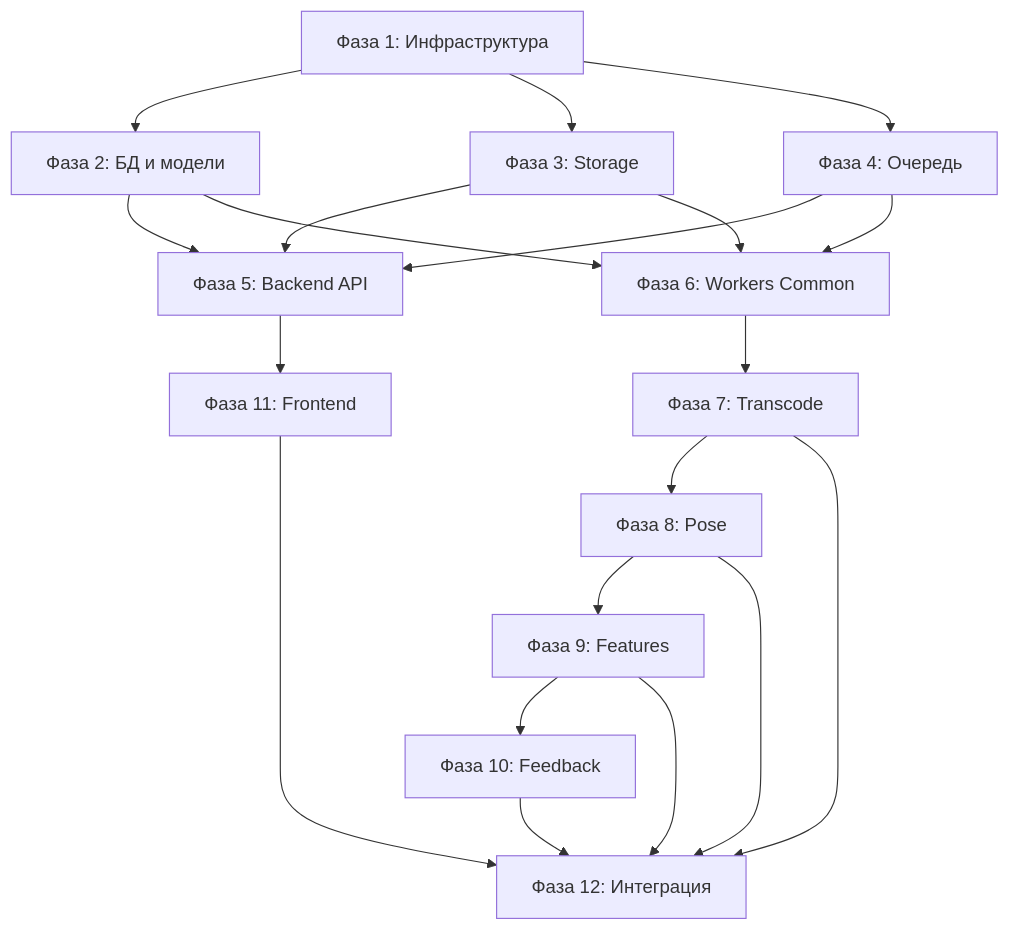
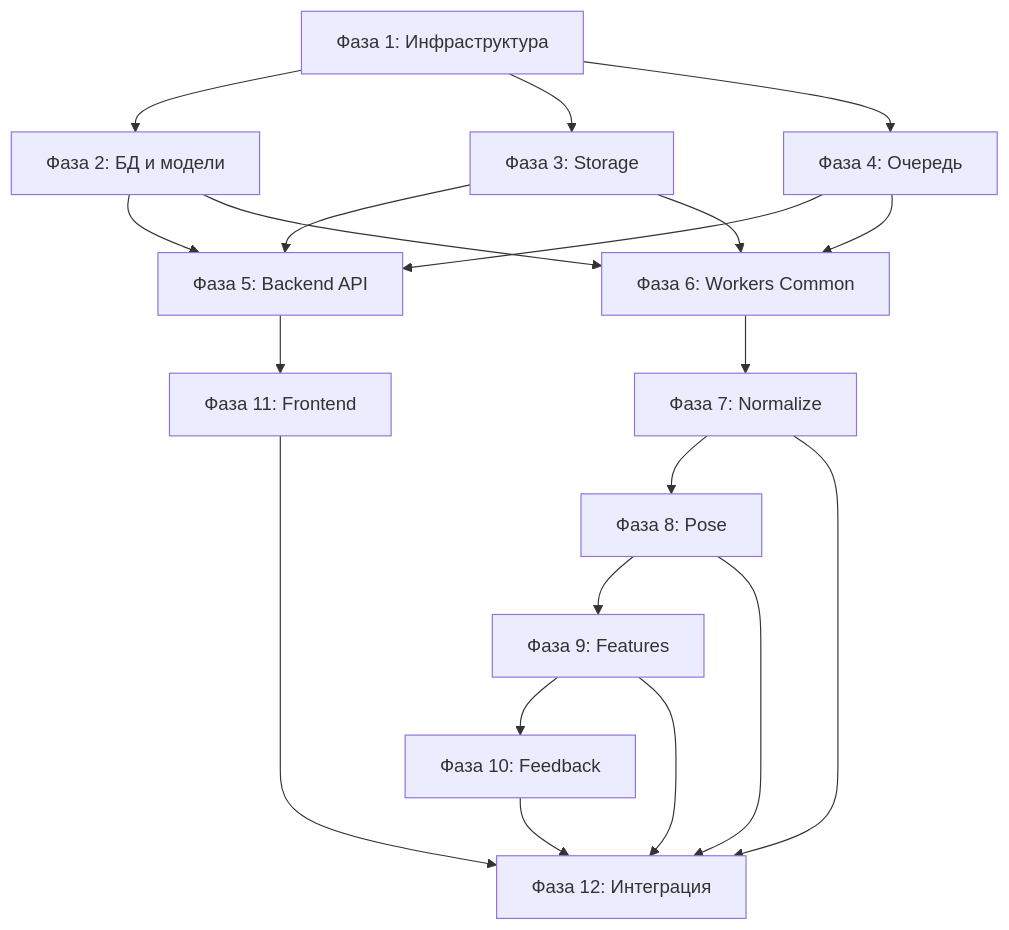
The diagram in docs/dev/developer_plan.md (VladimirDjakov/snowboard-app), drawn with Mermaid before and after one commit. The commit also changed other lines of this file and 8 other files, not shown here.

````diff
--- a/docs/dev/developer_plan.md
+++ b/docs/dev/developer_plan.md
@@ -365,27 +365,27 @@
 ```mermaid
 graph TD
     Infra[Фаза 1: Инфраструктура] --> DB[Фаза 2: БД и модели]
     Infra --> Storage[Фаза 3: Storage]
     Infra --> Queue[Фаза 4: Очередь]
     
     DB --> API[Фаза 5: Backend API]
     Storage --> API
     Queue --> API
     
     Storage --> WorkersCommon[Фаза 6: Workers Common]
     Queue --> WorkersCommon
     DB --> WorkersCommon
     
-    WorkersCommon --> Transcode[Фаза 7: Transcode]
-    Transcode --> Pose[Фаза 8: Pose]
+    WorkersCommon --> Normalize[Фаза 7: Normalize]
+    Normalize --> Pose[Фаза 8: Pose]
     Pose --> Features[Фаза 9: Features]
     Features --> Feedback[Фаза 10: Feedback]
     
     API --> Frontend[Фаза 11: Frontend]
     
-    Transcode --> Integration[Фаза 12: Интеграция]
+    Normalize --> Integration[Фаза 12: Интеграция]
     Pose --> Integration
     Features --> Integration
     Feedback --> Integration
     Frontend --> Integration
 ```
````
